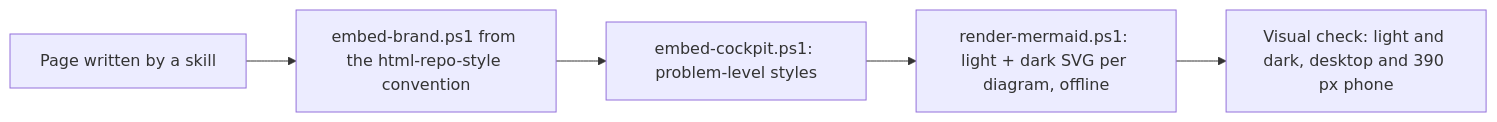
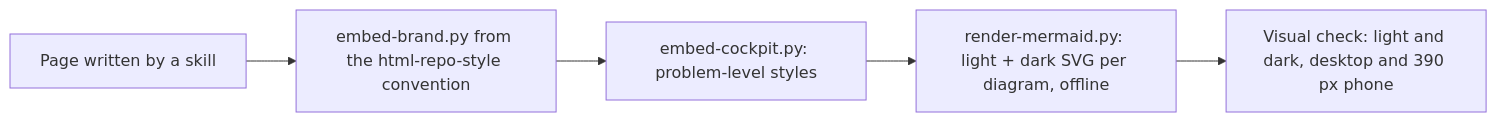
The diagram in skills/conventions/an-dr-convention-html-report/README.md (an-dr/agents), drawn with Mermaid before and after one commit. The commit also changed 426 other files, not shown here.

````diff
--- a/skills/conventions/an-dr-convention-html-report/README.md
+++ b/skills/conventions/an-dr-convention-html-report/README.md
@@ -11,7 +11,7 @@
 ```mermaid
 flowchart LR
-  W[Page written by a skill] --> B[embed-brand.ps1 from the html-repo-style convention]
-  B --> K[embed-cockpit.ps1: problem-level styles]
-  K --> M[render-mermaid.ps1: light + dark SVG per diagram, offline]
+  W[Page written by a skill] --> B[embed-brand.py from the html-repo-style convention]
+  B --> K[embed-cockpit.py: problem-level styles]
+  K --> M[render-mermaid.py: light + dark SVG per diagram, offline]
   M --> V[Visual check: light and dark, desktop and 390 px phone]
 ```
````
